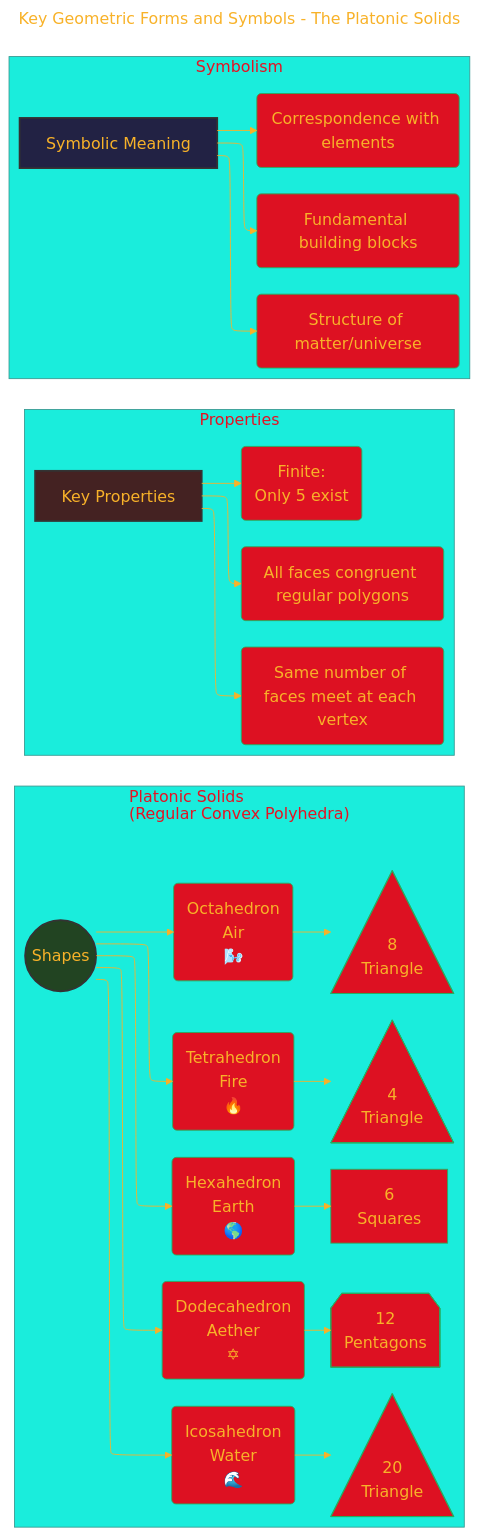
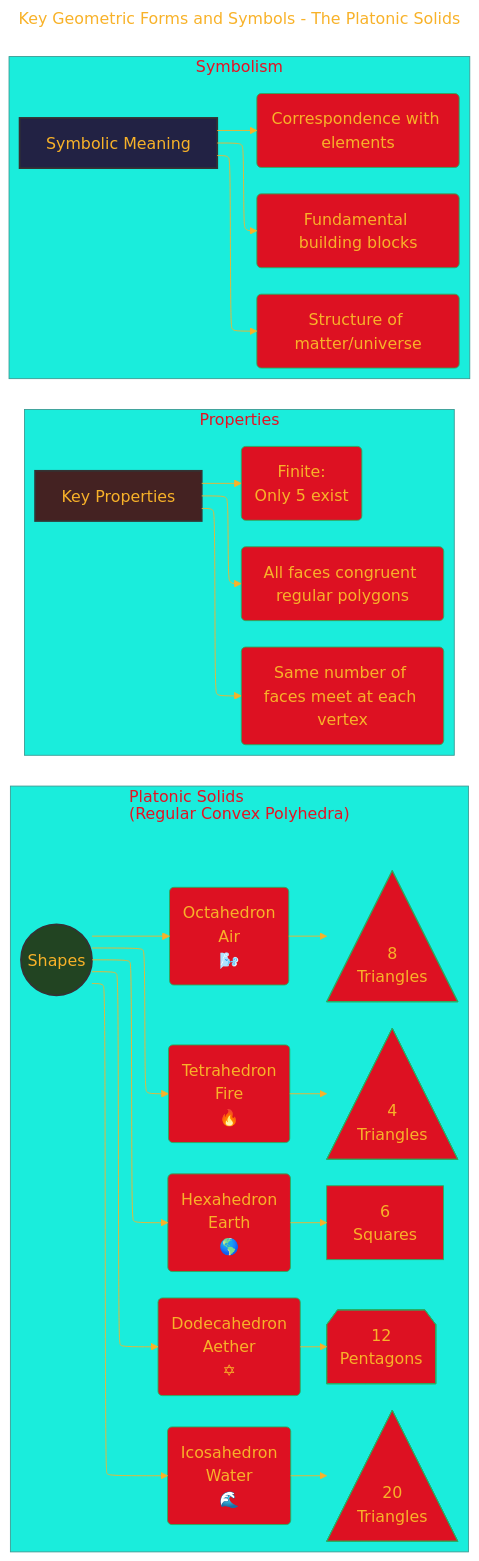
One commit to CongLeSolutionX/Harmonic_Atomica changed the third of 6 diagrams in Understanding_Sacred_Geometry.md. Above: the diagram before and after it, drawn with Mermaid. The commit also changed other lines of this file, not shown here.

Commit message:
update notes

````diff
--- a/Understanding_Sacred_Geometry.md
+++ b/Understanding_Sacred_Geometry.md
@@ -172,72 +172,72 @@
 ```mermaid
 ---
 title: "Key Geometric Forms and Symbols - The Platonic Solids"
 author: "Cong Le"
 version: "1.0"
 license(s): "MIT, CC BY 4.0"
 copyright: "Copyright (c) 2025 Cong Le. All Rights Reserved."
 config:
   layout: elk
   theme: base
 ---
 %%%%%%%% Mermaid version v11.4.1-b.14
 %%%%%%%% Available curve styles include the following keywords:
 %% basis, bumpX, bumpY, cardinal, catmullRom, linear, monotoneX, monotoneY, natural, step, stepAfter, stepBefore.
 %%{
   init: {
     'flowchart': { 'htmlLabels': false, 'curve': 'basis' },
     'fontFamily': 'Luminari',
     'themeVariables': {
       'primaryColor': '#D12',
       'primaryTextColor': '#F8B229',
       'lineColor': '#F8B229',
       'primaryBorderColor': '#27AE60',
       'secondaryColor': '#DE2F',
       'secondaryTextColor': '#6C3483',
       'secondaryBorderColor': '#A569BD',
       'fontSize': '18px'
     }
   }
 }%%
 flowchart LR
     subgraph Platonic_Solids["Platonic Solids<br/>(Regular Convex Polyhedra)"]
         PS(("Shapes")) --> T("Tetrahedron <br/>Fire<br/>🔥")
         T --> T_Expansion
-        T_Expansion@{ shape: tri, label: "4<br/>Triangle" }
+        T_Expansion@{ shape: tri, label: "4<br/>Triangles" }
 
 
         PS --> H("Hexahedron <br/>Earth<br/>🌎")
         H --> H_Expansion
         H_Expansion["6<br/>Squares"]
         
         PS --> O("Octahedron<br/> Air<br/>🌬️")
         O --> O_Expansion
-        O_Expansion@{ shape: tri, label: "8<br/>Triangle" }
+        O_Expansion@{ shape: tri, label: "8<br/>Triangles" }
         
         PS --> D("Dodecahedron <br/> Aether<br/>✡")
 		D --> D_Expansion
 		D_Expansion@{ shape: notch-pent, label: "12<br/>Pentagons" }
         
         PS --> I("Icosahedron<br/> Water<br/>🌊")
 		I --> I_Expansion
-        I_Expansion@{ shape: tri, label: "20<br/>Triangle" }
+        I_Expansion@{ shape: tri, label: "20<br/>Triangles" }
 
 
 
     end
     subgraph Properties["Properties"]
         Prop["Key Properties"] --> Prop1("All faces congruent regular polygons")
         Prop --> Prop2("Same number of faces meet at each vertex")
         Prop --> Prop3("Finite:<br/> Only 5 exist")
     end
     subgraph Symbolism["Symbolism"]
         Sym["Symbolic Meaning"] --> Sym1("Fundamental building blocks")
         Sym --> Sym2("Structure of matter/universe")
         Sym --> Sym3("Correspondence with elements")
     end
 
     style PS fill:#242,stroke:#333,stroke-width:2px
     style Prop fill:#422,stroke:#333,stroke-width:2px
     style Sym fill:#224,stroke:#333,stroke-width:2px
     
 ```
````
